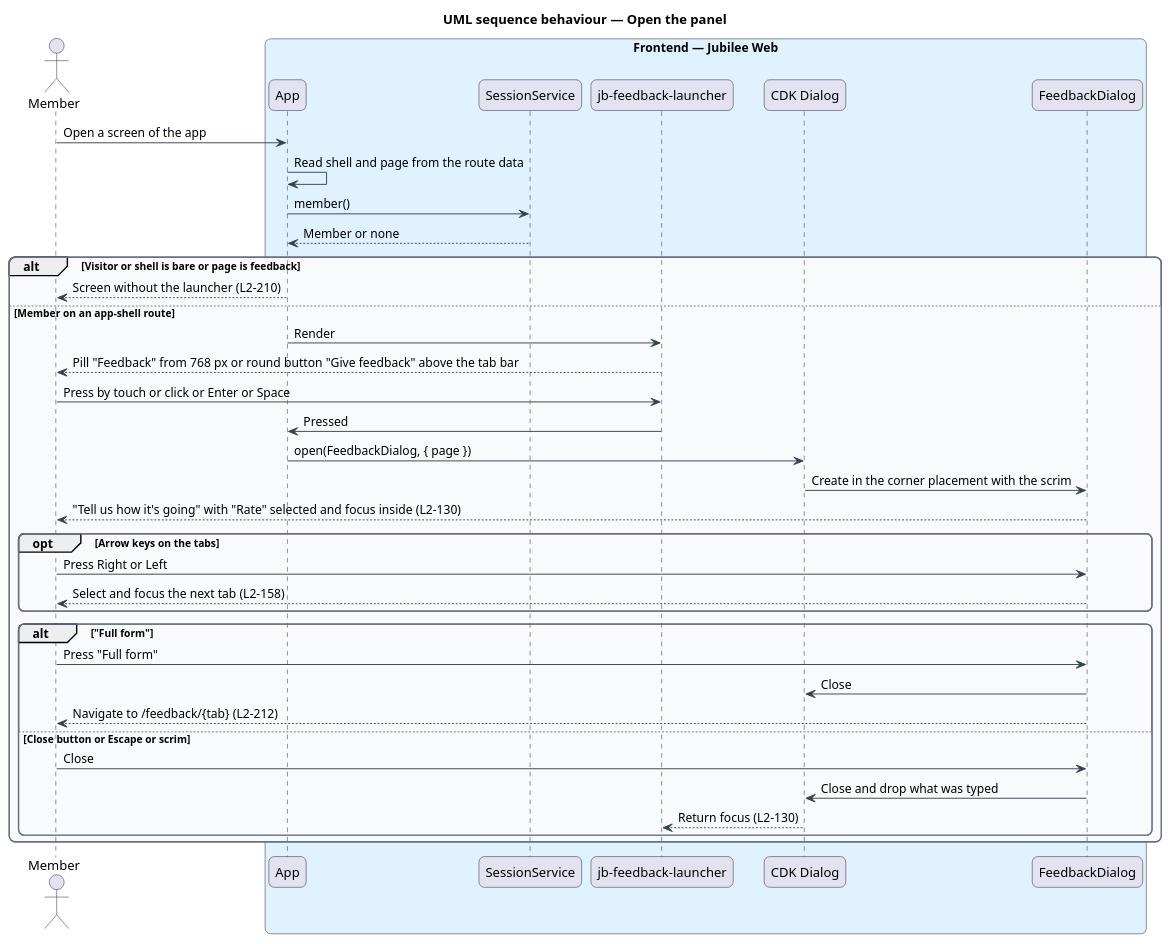
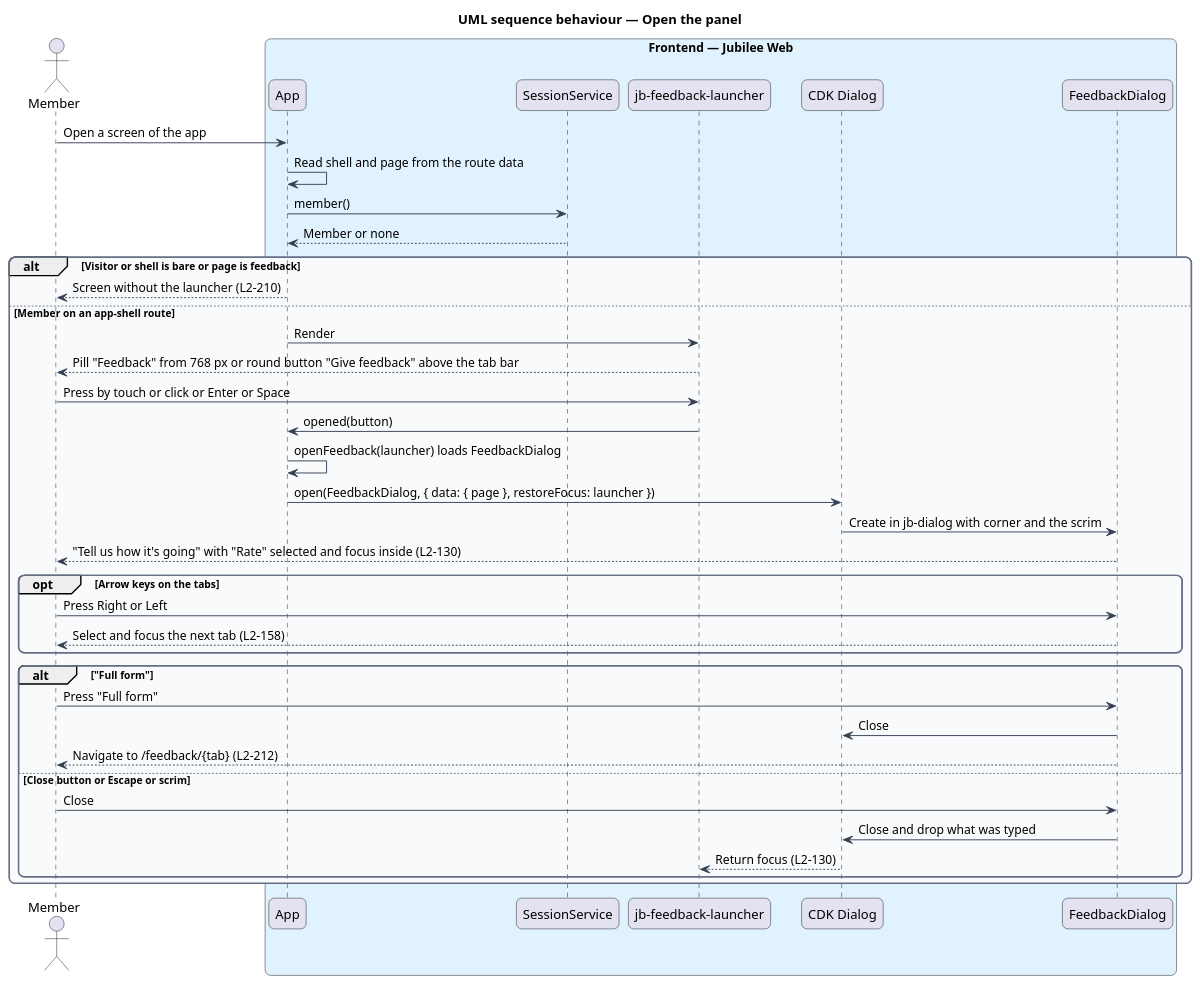
The diagram in docs/detailed-designs/feedback/send-feedback-from-panel/diagrams/sequence-open-panel.puml (QuinntyneBrown/jubilee), drawn with PlantUML before and after one commit. The commit also changed 56 other files, not shown here.

```diff
--- a/docs/detailed-designs/feedback/send-feedback-from-panel/diagrams/sequence-open-panel.puml
+++ b/docs/detailed-designs/feedback/send-feedback-from-panel/diagrams/sequence-open-panel.puml
@@ -1,53 +1,54 @@
 @startuml
 title UML sequence behaviour — Open the panel
 skinparam backgroundColor #FFFFFF
 skinparam shadowing false
 skinparam roundcorner 12
 skinparam defaultFontName Arial
 skinparam ArrowColor #344054
 skinparam rectangle {
   BorderColor #344054
   FontColor #101828
 }
 skinparam package {
   BorderColor #667085
   FontColor #101828
   BackgroundColor #F9FAFB
 }
 actor "Member" as actor
 box "Frontend — Jubilee Web" #E0F2FE
   participant "App" as app
   participant "SessionService" as session
   participant "jb-feedback-launcher" as launcher
   participant "CDK Dialog" as cdk
   participant "FeedbackDialog" as dialog
 end box
 actor -> app : Open a screen of the app
 app -> app : Read shell and page from the route data
 app -> session : member()
 session --> app : Member or none
 alt Visitor or shell is bare or page is feedback
   app --> actor : Screen without the launcher (L2-210)
 else Member on an app-shell route
   app -> launcher : Render
   launcher --> actor : Pill "Feedback" from 768 px or round button "Give feedback" above the tab bar
   actor -> launcher : Press by touch or click or Enter or Space
-  launcher -> app : Pressed
-  app -> cdk : open(FeedbackDialog, { page })
-  cdk -> dialog : Create in the corner placement with the scrim
+  launcher -> app : opened(button)
+  app -> app : openFeedback(launcher) loads FeedbackDialog
+  app -> cdk : open(FeedbackDialog, { data: { page }, restoreFocus: launcher })
+  cdk -> dialog : Create in jb-dialog with corner and the scrim
   dialog --> actor : "Tell us how it's going" with "Rate" selected and focus inside (L2-130)
   opt Arrow keys on the tabs
     actor -> dialog : Press Right or Left
     dialog --> actor : Select and focus the next tab (L2-158)
   end
   alt "Full form"
     actor -> dialog : Press "Full form"
     dialog -> cdk : Close
     dialog --> actor : Navigate to /feedback/{tab} (L2-212)
   else Close button or Escape or scrim
     actor -> dialog : Close
     dialog -> cdk : Close and drop what was typed
     cdk --> launcher : Return focus (L2-130)
   end
 end
 @enduml
```
